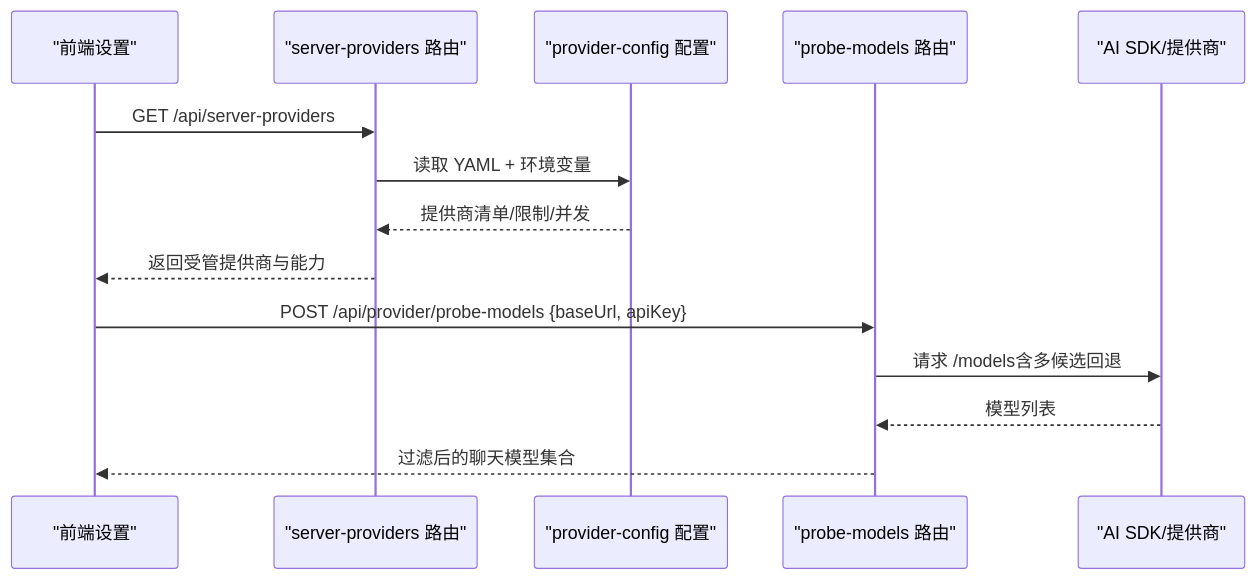
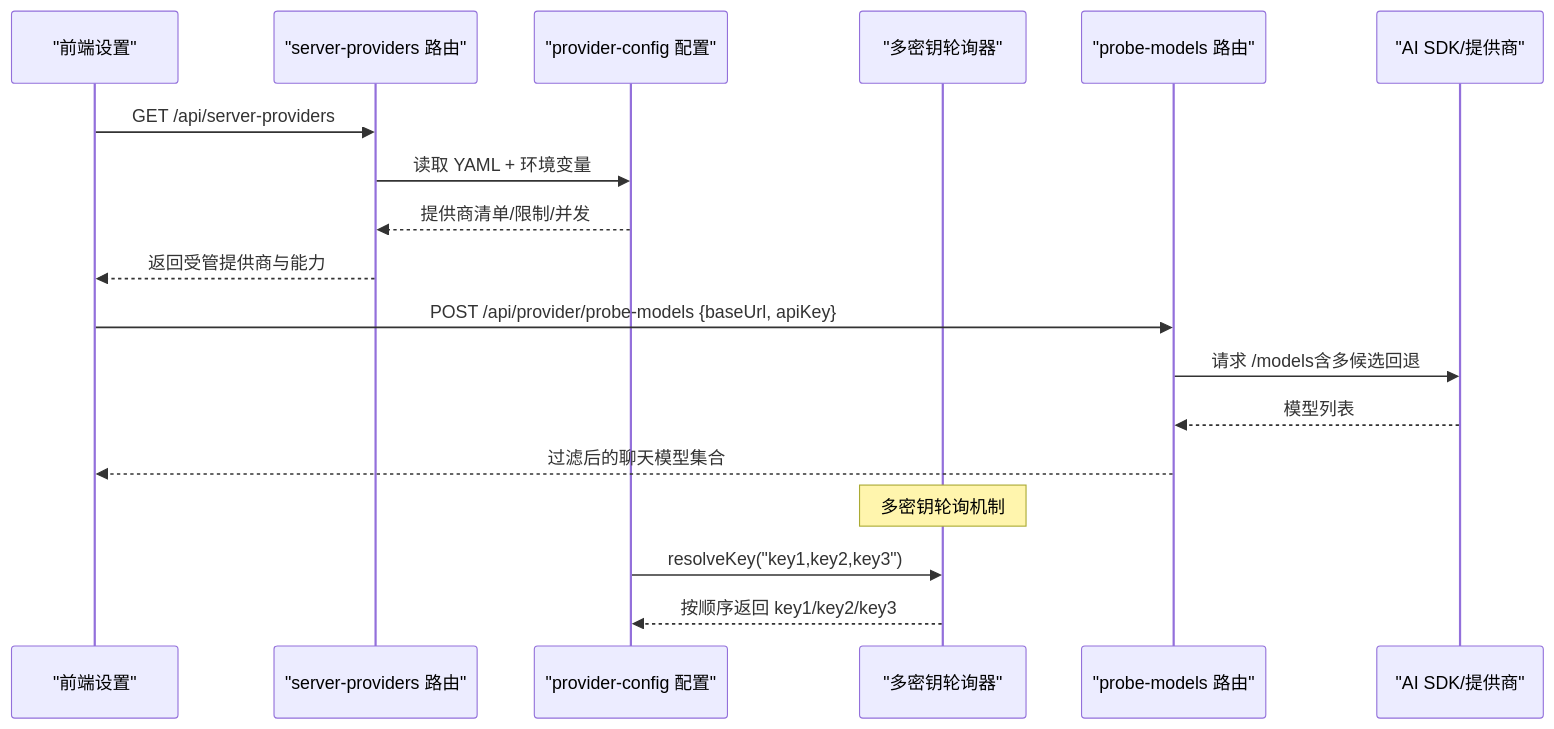
One commit to huangboheng/OpenMAIC changed the first of 2 diagrams in .qoder/repowiki/zh/content/外部服务集成/AI 服务提供商.md. Above: the diagram before and after it, drawn with Mermaid. The commit also changed other lines of this file and 15 other files, not shown here.

````diff
--- a/.qoder/repowiki/zh/content/外部服务集成/AI 服务提供商.md
+++ b/.qoder/repowiki/zh/content/外部服务集成/AI 服务提供商.md
@@ -26,16 +33,20 @@
 ```mermaid
 sequenceDiagram
 participant UI as "前端设置"
 participant API as "server-providers 路由"
 participant CFG as "provider-config 配置"
+participant RR as "多密钥轮询器"
 participant PROBE as "probe-models 路由"
 participant SDK as "AI SDK/提供商"
 UI->>API : GET /api/server-providers
 API->>CFG : 读取 YAML + 环境变量
 CFG-->>API : 提供商清单/限制/并发
 API-->>UI : 返回受管提供商与能力
 UI->>PROBE : POST /api/provider/probe-models {baseUrl, apiKey}
 PROBE->>SDK : 请求 /models含多候选回退
 SDK-->>PROBE : 模型列表
 PROBE-->>UI : 过滤后的聊天模型集合
+Note over RR : 多密钥轮询机制
+CFG->>RR : resolveKey("key1,key2,key3")
+RR-->>CFG : 按顺序返回 key1/key2/key3
 ```
````
